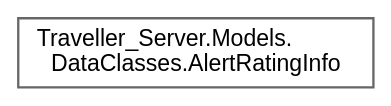
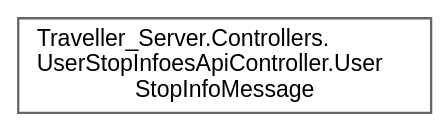
Before and after one commit to VenelinArgirov/manual-tecnico.github.io: the diagram in Servidor/inherit_graph_26.dot, drawn with Graphviz. The commit also changed 539 other files, not shown here.

```diff
--- a/Servidor/inherit_graph_26.dot
+++ b/Servidor/inherit_graph_26.dot
@@ -1,9 +1,9 @@
 digraph "Graphical Class Hierarchy"
 {
  // LATEX_PDF_SIZE
   bgcolor="transparent";
   edge [fontname=Helvetica,fontsize=10,labelfontname=Helvetica,labelfontsize=10];
   node [fontname=Helvetica,fontsize=10,shape=box,height=0.2,width=0.4];
   rankdir="LR";
-  Node0 [label="Traveller_Server.Models.\lDataClasses.AlertRatingInfo",height=0.2,width=0.4,color="grey40", fillcolor="white", style="filled",URL="$class_traveller___server_1_1_models_1_1_data_classes_1_1_alert_rating_info.html",tooltip="Class used as an interface to communicate with the front-end to get info related to rating an alert."];
+  Node0 [label="Traveller_Server.Controllers.\lUserStopInfoesApiController.User\lStopInfoMessage",height=0.2,width=0.4,color="grey40", fillcolor="white", style="filled",URL="$class_traveller___server_1_1_controllers_1_1_user_stop_infoes_api_controller_1_1_user_stop_info_message.html",tooltip="User stop info message class, used as an interface between front-end and back-end."];
 }
```
